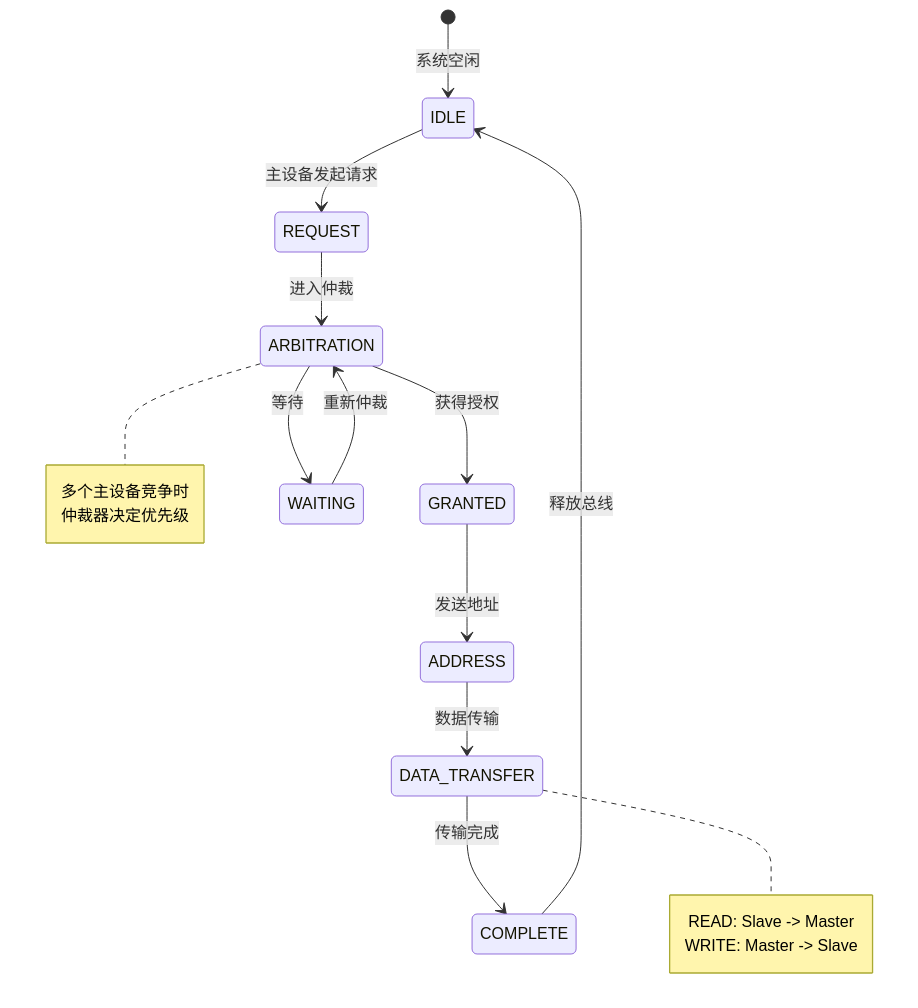
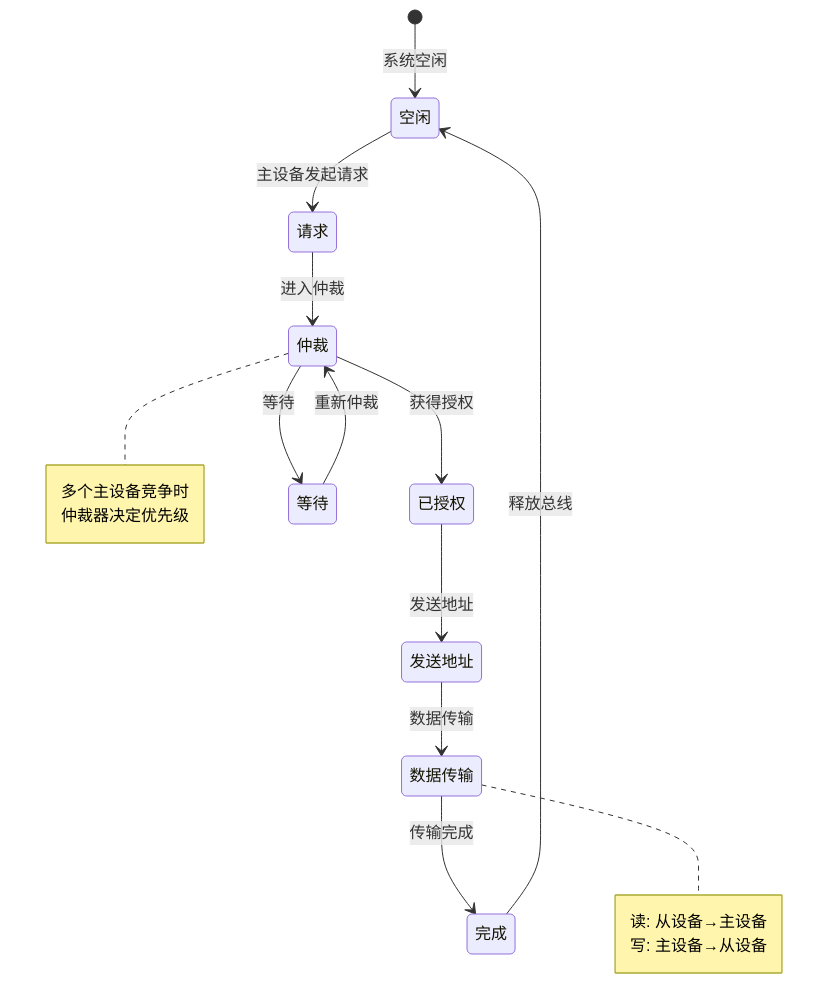
Before and after one commit to laoliu-463/-11: the third of 3 diagrams in 计算机组成原理/1-核心笔记/精简版/22-总线系统.md, drawn with Mermaid. The commit also changed other lines of this file and 6 other files, not shown here.

````diff
--- a/计算机组成原理/1-核心笔记/精简版/22-总线系统.md
+++ b/计算机组成原理/1-核心笔记/精简版/22-总线系统.md
@@ -155,27 +133,27 @@
 ```mermaid
 stateDiagram-v2
-    [*] --> IDLE: 系统空闲
+    [*] --> 空闲: 系统空闲
     
-    IDLE --> REQUEST: 主设备发起请求
-    REQUEST --> ARBITRATION: 进入仲裁
+    空闲 --> 请求: 主设备发起请求
+    请求 --> 仲裁: 进入仲裁
     
-    ARBITRATION --> GRANTED: 获得授权
-    ARBITRATION --> WAITING: 等待
-    WAITING --> ARBITRATION: 重新仲裁
+    仲裁 --> 已授权: 获得授权
+    仲裁 --> 等待: 等待
+    等待 --> 仲裁: 重新仲裁
     
-    GRANTED --> ADDRESS: 发送地址
-    ADDRESS --> DATA_TRANSFER: 数据传输
+    已授权 --> 发送地址: 发送地址
+    发送地址 --> 数据传输: 数据传输
     
-    DATA_TRANSFER --> COMPLETE: 传输完成
-    COMPLETE --> IDLE: 释放总线
+    数据传输 --> 完成: 传输完成
+    完成 --> 空闲: 释放总线
     
-    note right of ARBITRATION
+    note right of 仲裁
         多个主设备竞争时
         仲裁器决定优先级
     end note
     
-    note right of DATA_TRANSFER
-        READ: Slave -> Master
-        WRITE: Master -> Slave
+    note right of 数据传输
+        读: 从设备→主设备
+        写: 主设备→从设备
     end note
 ```
````
